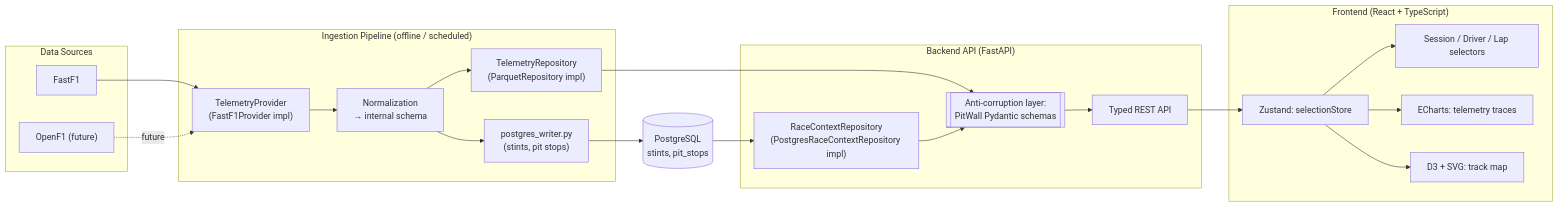
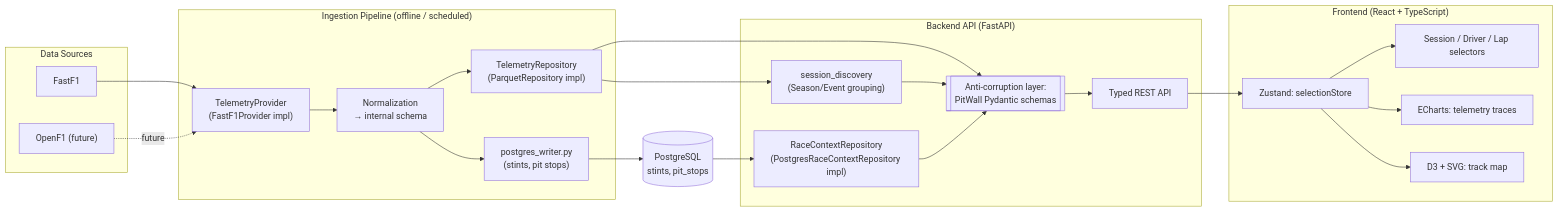
The diagram in docs/architecture.md (Sneha73685/pitwall), drawn with Mermaid before and after one commit. The commit also changed other lines of this file and 5 other files, not shown here.

````diff
--- a/docs/architecture.md
+++ b/docs/architecture.md
@@ -9,31 +9,32 @@
 ```mermaid
 flowchart LR
     subgraph Sources["Data Sources"]
         FF1[FastF1]
         OF1["OpenF1 (future)"]
     end
 
     subgraph Pipeline["Ingestion Pipeline (offline / scheduled)"]
         FF1 --> Provider["TelemetryProvider\n(FastF1Provider impl)"]
         OF1 -.future.-> Provider
         Provider --> Norm["Normalization\n→ internal schema"]
         Norm --> Repo["TelemetryRepository\n(ParquetRepository impl)"]
         Norm --> PgWriter["postgres_writer.py\n(stints, pit stops)"]
     end
 
     subgraph Backend["Backend API (FastAPI)"]
         Repo --> Boundary[["Anti-corruption layer:\nPitWall Pydantic schemas"]]
         RCRepo["RaceContextRepository\n(PostgresRaceContextRepository impl)"] --> Boundary
+        Repo --> Discovery["session_discovery\n(Season/Event grouping)"] --> Boundary
         Boundary --> API["Typed REST API"]
     end
 
     PgWriter --> PG[("PostgreSQL\nstints, pit_stops")]
     PG --> RCRepo
 
     subgraph Frontend["Frontend (React + TypeScript)"]
         API --> Store["Zustand: selectionStore"]
         Store --> UI["Session / Driver / Lap selectors"]
         Store --> Charts["ECharts: telemetry traces"]
         Store --> Track["D3 + SVG: track map"]
     end
 ```
````
